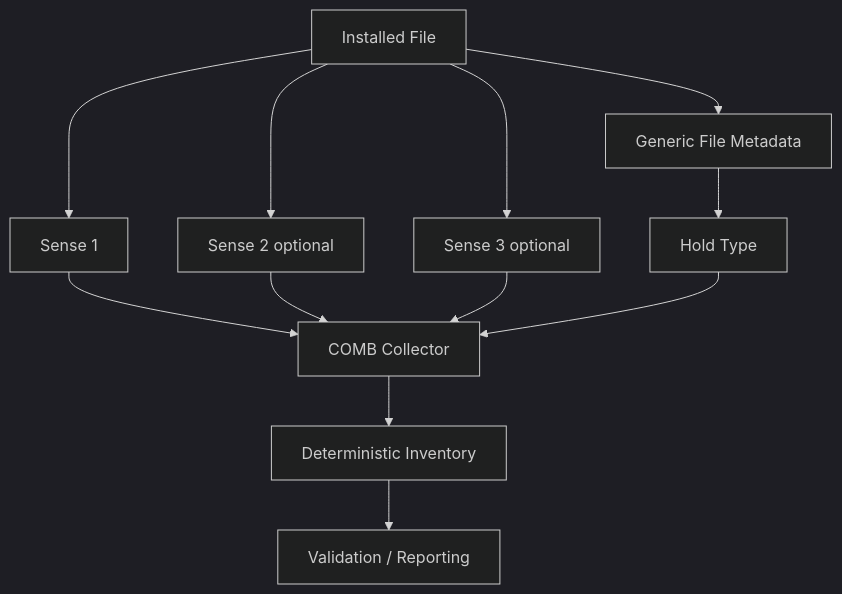
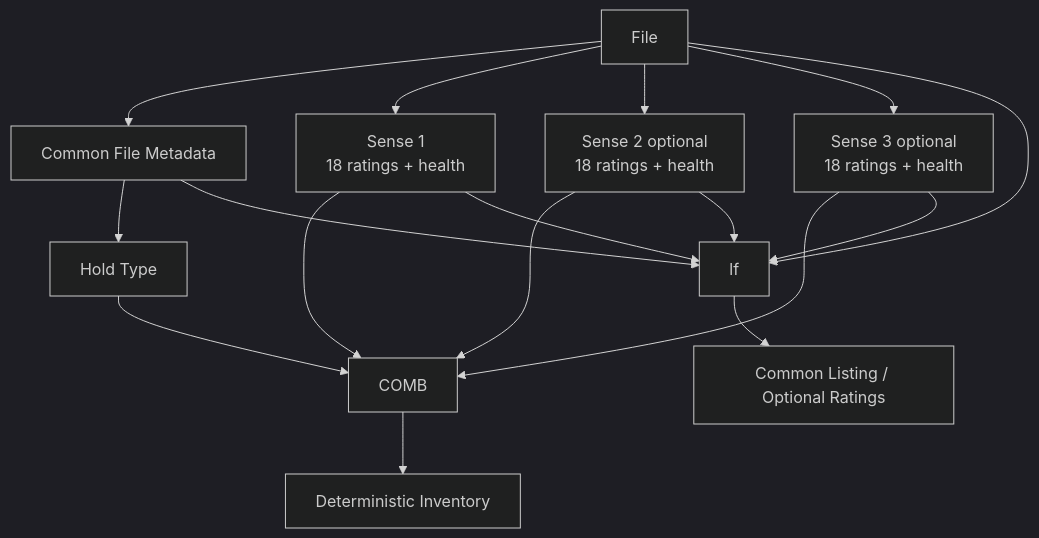
The first of 2 diagrams in main/kernel/fs/ubuntu_white_sense/UBUNTU-WHITE-SENSE.mmd (mearvk/Ubuntu-Determinant-Alpha_RS_r), drawn with Mermaid (dark theme) before and after one commit. The commit also changed other lines of this file, not shown here.

Commit message:
kernel: update Sense architecture for per-layer ratings and health

````diff
--- a/main/kernel/fs/ubuntu_white_sense/UBUNTU-WHITE-SENSE.mmd
+++ b/main/kernel/fs/ubuntu_white_sense/UBUNTU-WHITE-SENSE.mmd
@@ -3,14 +3,19 @@
 ```mermaid
 flowchart TD
-    F[Installed File] --> M[Generic File Metadata]
-    F --> S1[Sense 1]
-    F --> S2[Sense 2 optional]
-    F --> S3[Sense 3 optional]
+    F[File] --> M[Common File Metadata]
+    F --> S1[Sense 1\n18 ratings + health]
+    F --> S2[Sense 2 optional\n18 ratings + health]
+    F --> S3[Sense 3 optional\n18 ratings + health]
     M --> H[Hold Type]
-    S1 --> C[COMB Collector]
+    S1 --> C[COMB]
     S2 --> C
     S3 --> C
     H --> C
     C --> I[Deterministic Inventory]
-    I --> V[Validation / Reporting]
+    F --> L[lf]
+    M --> L
+    S1 --> L
+    S2 --> L
+    S3 --> L
+    L --> O[Common Listing / Optional Ratings]
 ```
````
